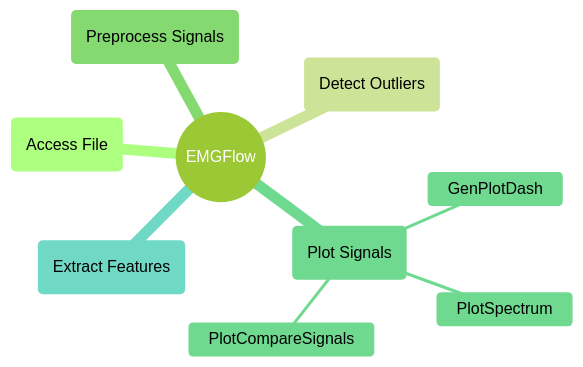
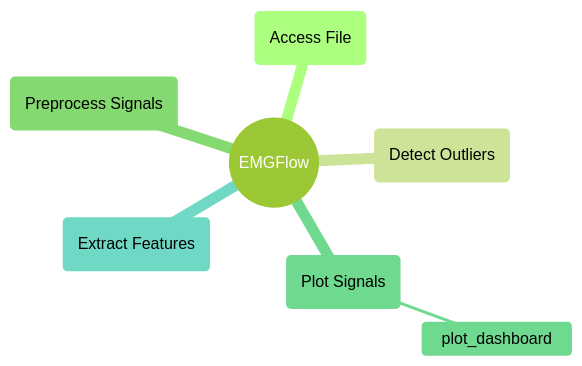
Before and after one commit to WiIIson/EMGFlow-Python-Package: the diagram in docs/reference/plot-signals.md, drawn with Mermaid (forest theme). The commit also changed other lines of this file and 1 other file, not shown here.

````diff
--- a/docs/reference/plot-signals.md
+++ b/docs/reference/plot-signals.md
@@ -7,12 +7,10 @@
 ```mermaid
 mindmap
     root((EMGFlow))
         AF(Access File)
         DO(Detect Outliers)
         PrS(Preprocess Signals)
         PlS(Plot Signals)
-            GenPlotDash
-            PlotSpectrum
-            PlotCompareSignals
+            plot_dashboard
         EF(Extract Features)
 ```
````
